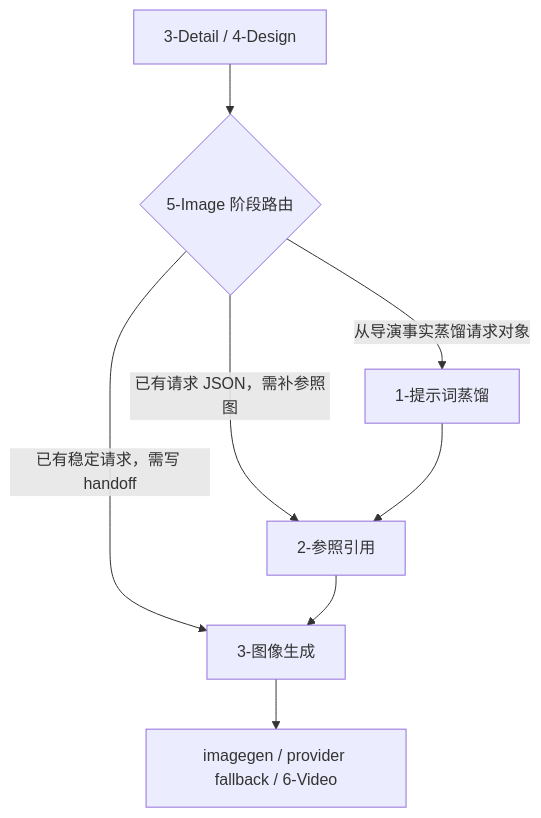
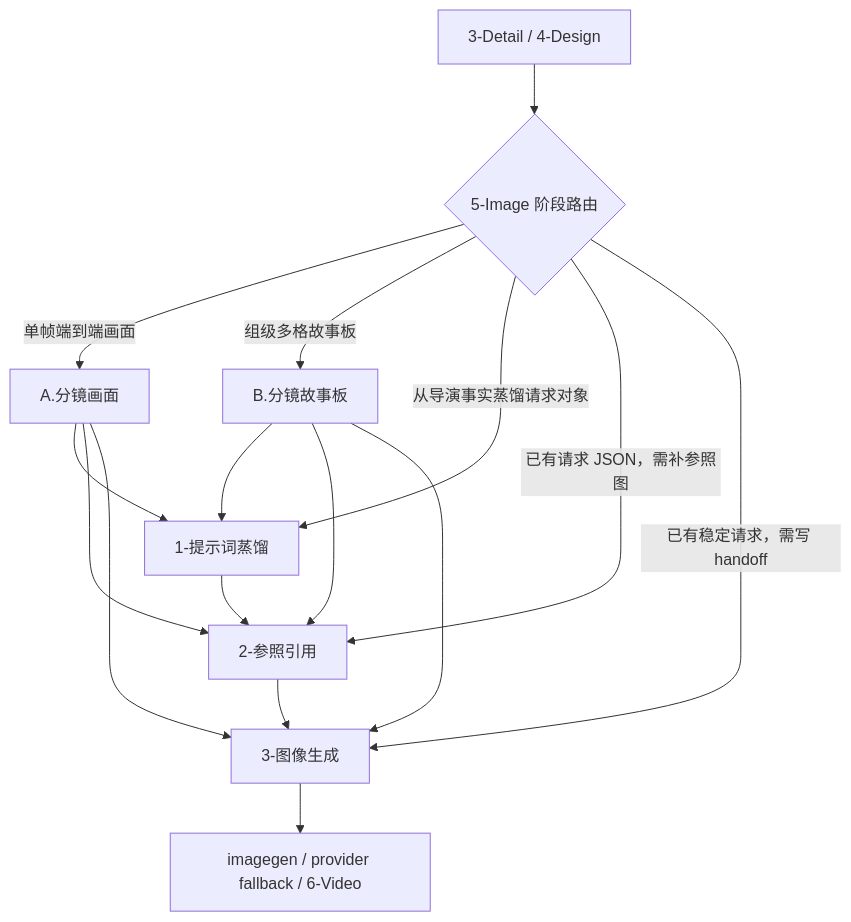
One commit to ZEN-VOID/AI-CUT changed the diagram in .agents/skills/aigc/5-Image/SKILL.md. Above: the diagram before and after it, drawn with Mermaid. The commit also changed other lines of this file and 456 other files, not shown here.

````diff
--- a/.agents/skills/aigc/5-Image/SKILL.md
+++ b/.agents/skills/aigc/5-Image/SKILL.md
@@ -105,10 +123,18 @@
 ```mermaid
 flowchart TD
     A["3-Detail / 4-Design"] --> B{"5-Image 阶段路由"}
+    B -->|"单帧端到端画面"| X["A.分镜画面"]
+    B -->|"组级多格故事板"| Y["B.分镜故事板"]
     B -->|"从导演事实蒸馏请求对象"| C["1-提示词蒸馏"]
     B -->|"已有请求 JSON，需补参照图"| D["2-参照引用"]
     B -->|"已有稳定请求，需写 handoff"| E["3-图像生成"]
+    X --> C
+    Y --> C
+    X --> D
+    Y --> D
+    X --> E
+    Y --> E
     C --> D
     D --> E
     E --> F["imagegen / provider fallback / 6-Video"]
 ```
````
